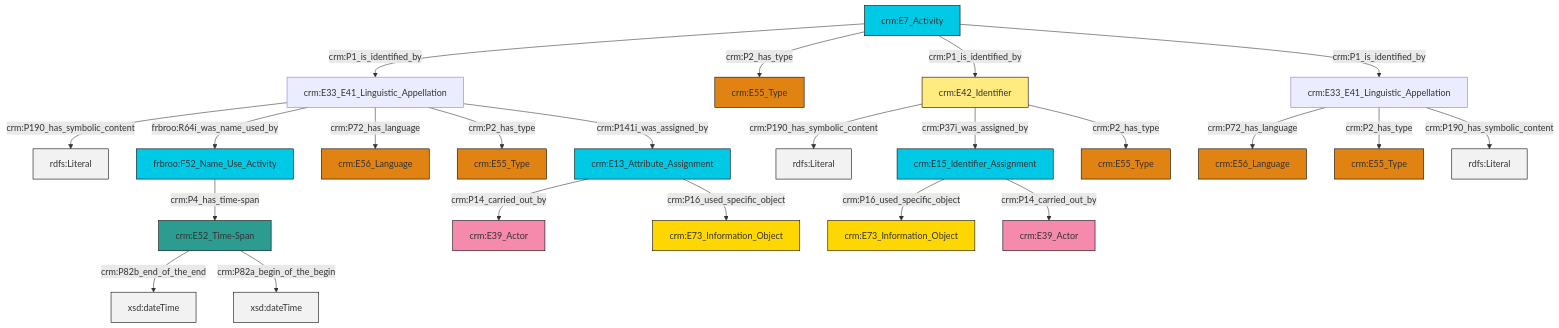
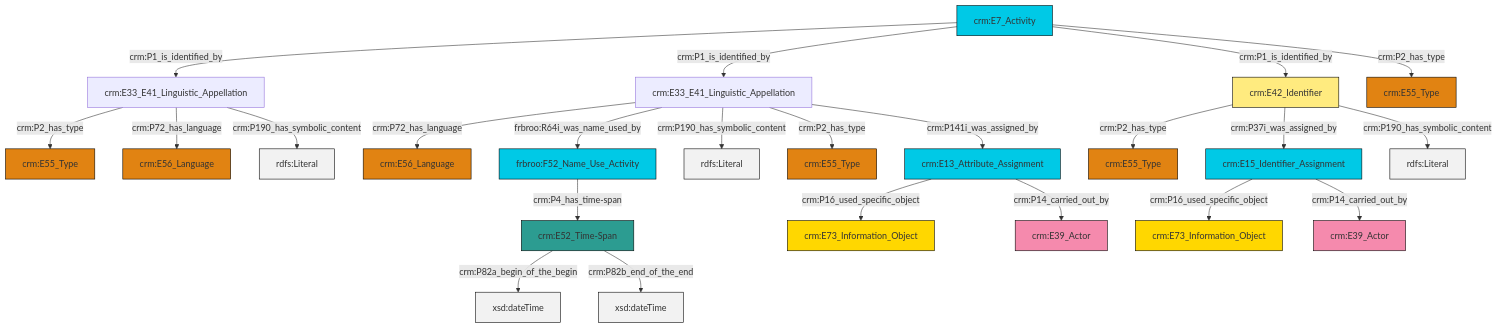
One commit to swiss-art-research-net/docs.swissartresearch changed the diagram in et/eventCSV/ttl/mmd/event_name.ttl.mmd. Above: the diagram before and after it, drawn with Mermaid. The commit also changed 180 other files, not shown here.

```diff
--- a/et/eventCSV/ttl/mmd/event_name.ttl.mmd
+++ b/et/eventCSV/ttl/mmd/event_name.ttl.mmd
@@ -1,37 +1,37 @@
 graph TD
 classDef Literal fill:#f2f2f2,stroke:#000000;
 classDef CRM_Entity fill:#FFFFFF,stroke:#000000;
 classDef Temporal_Entity fill:#00C9E6, stroke:#000000;
 classDef Type fill:#E18312, stroke:#000000;
 classDef Time-Span fill:#2C9C91, stroke:#000000;
 classDef Appellation fill:#FFEB7F, stroke:#000000;
 classDef Place fill:#008836, stroke:#000000;
 classDef Persistent_Item fill:#B266B2, stroke:#000000;
 classDef Conceptual_Object fill:#FFD700, stroke:#000000;
 classDef Physical_Thing fill:#D2B48C, stroke:#000000;
 classDef Actor fill:#f58aad, stroke:#000000;
 classDef PC_Classes fill:#4ce600, stroke:#000000;
 classDef Multi fill:#cccccc,stroke:#000000;
 
-2["crm:E33_E41_Linguistic_Appellation"]:::Default -->|crm:P72_has_language| 3["crm:E56_Language"]:::Type
-7["crm:E33_E41_Linguistic_Appellation"]:::Default -->|crm:P190_has_symbolic_content| 8[rdfs:Literal]:::Literal
-5["frbroo:F52_Name_Use_Activity"]:::Temporal_Entity -->|crm:P4_has_time-span| 9["crm:E52_Time-Span"]:::Time-Span
-10["crm:E13_Attribute_Assignment"]:::Temporal_Entity -->|crm:P14_carried_out_by| 11["crm:E39_Actor"]:::Actor
-12["crm:E42_Identifier"]:::Appellation -->|crm:P190_has_symbolic_content| 13[rdfs:Literal]:::Literal
-15["crm:E7_Activity"]:::Temporal_Entity -->|crm:P1_is_identified_by| 7["crm:E33_E41_Linguistic_Appellation"]:::Default
-15["crm:E7_Activity"]:::Temporal_Entity -->|crm:P2_has_type| 18["crm:E55_Type"]:::Type
-9["crm:E52_Time-Span"]:::Time-Span -->|crm:P82b_end_of_the_end| 19[xsd:dateTime]:::Literal
-7["crm:E33_E41_Linguistic_Appellation"]:::Default -->|frbroo:R64i_was_name_used_by| 5["frbroo:F52_Name_Use_Activity"]:::Temporal_Entity
-2["crm:E33_E41_Linguistic_Appellation"]:::Default -->|crm:P2_has_type| 20["crm:E55_Type"]:::Type
-12["crm:E42_Identifier"]:::Appellation -->|crm:P37i_was_assigned_by| 0["crm:E15_Identifier_Assignment"]:::Temporal_Entity
-15["crm:E7_Activity"]:::Temporal_Entity -->|crm:P1_is_identified_by| 12["crm:E42_Identifier"]:::Appellation
-7["crm:E33_E41_Linguistic_Appellation"]:::Default -->|crm:P72_has_language| 25["crm:E56_Language"]:::Type
-7["crm:E33_E41_Linguistic_Appellation"]:::Default -->|crm:P2_has_type| 16["crm:E55_Type"]:::Type
-0["crm:E15_Identifier_Assignment"]:::Temporal_Entity -->|crm:P16_used_specific_object| 32["crm:E73_Information_Object"]:::Conceptual_Object
-9["crm:E52_Time-Span"]:::Time-Span -->|crm:P82a_begin_of_the_begin| 33[xsd:dateTime]:::Literal
-15["crm:E7_Activity"]:::Temporal_Entity -->|crm:P1_is_identified_by| 2["crm:E33_E41_Linguistic_Appellation"]:::Default
-0["crm:E15_Identifier_Assignment"]:::Temporal_Entity -->|crm:P14_carried_out_by| 28["crm:E39_Actor"]:::Actor
-12["crm:E42_Identifier"]:::Appellation -->|crm:P2_has_type| 36["crm:E55_Type"]:::Type
-10["crm:E13_Attribute_Assignment"]:::Temporal_Entity -->|crm:P16_used_specific_object| 22["crm:E73_Information_Object"]:::Conceptual_Object
-2["crm:E33_E41_Linguistic_Appellation"]:::Default -->|crm:P190_has_symbolic_content| 38[rdfs:Literal]:::Literal
-7["crm:E33_E41_Linguistic_Appellation"]:::Default -->|crm:P141i_was_assigned_by| 10["crm:E13_Attribute_Assignment"]:::Temporal_Entity
+0["crm:E33_E41_Linguistic_Appellation"]:::Default -->|crm:P72_has_language| 1["crm:E56_Language"]:::Type
+4["crm:E33_E41_Linguistic_Appellation"]:::Default -->|crm:P2_has_type| 5["crm:E55_Type"]:::Type
+0["crm:E33_E41_Linguistic_Appellation"]:::Default -->|frbroo:R64i_was_name_used_by| 8["frbroo:F52_Name_Use_Activity"]:::Temporal_Entity
+0["crm:E33_E41_Linguistic_Appellation"]:::Default -->|crm:P190_has_symbolic_content| 9[rdfs:Literal]:::Literal
+12["crm:E15_Identifier_Assignment"]:::Temporal_Entity -->|crm:P16_used_specific_object| 13["crm:E73_Information_Object"]:::Conceptual_Object
+14["crm:E52_Time-Span"]:::Time-Span -->|crm:P82a_begin_of_the_begin| 15[xsd:dateTime]:::Literal
+16["crm:E7_Activity"]:::Temporal_Entity -->|crm:P1_is_identified_by| 4["crm:E33_E41_Linguistic_Appellation"]:::Default
+8["frbroo:F52_Name_Use_Activity"]:::Temporal_Entity -->|crm:P4_has_time-span| 14["crm:E52_Time-Span"]:::Time-Span
+16["crm:E7_Activity"]:::Temporal_Entity -->|crm:P1_is_identified_by| 0["crm:E33_E41_Linguistic_Appellation"]:::Default
+19["crm:E42_Identifier"]:::Appellation -->|crm:P2_has_type| 2["crm:E55_Type"]:::Type
+14["crm:E52_Time-Span"]:::Time-Span -->|crm:P82b_end_of_the_end| 24[xsd:dateTime]:::Literal
+0["crm:E33_E41_Linguistic_Appellation"]:::Default -->|crm:P2_has_type| 17["crm:E55_Type"]:::Type
+16["crm:E7_Activity"]:::Temporal_Entity -->|crm:P1_is_identified_by| 19["crm:E42_Identifier"]:::Appellation
+20["crm:E13_Attribute_Assignment"]:::Temporal_Entity -->|crm:P16_used_specific_object| 27["crm:E73_Information_Object"]:::Conceptual_Object
+0["crm:E33_E41_Linguistic_Appellation"]:::Default -->|crm:P141i_was_assigned_by| 20["crm:E13_Attribute_Assignment"]:::Temporal_Entity
+4["crm:E33_E41_Linguistic_Appellation"]:::Default -->|crm:P72_has_language| 10["crm:E56_Language"]:::Type
+20["crm:E13_Attribute_Assignment"]:::Temporal_Entity -->|crm:P14_carried_out_by| 6["crm:E39_Actor"]:::Actor
+4["crm:E33_E41_Linguistic_Appellation"]:::Default -->|crm:P190_has_symbolic_content| 28[rdfs:Literal]:::Literal
+19["crm:E42_Identifier"]:::Appellation -->|crm:P37i_was_assigned_by| 12["crm:E15_Identifier_Assignment"]:::Temporal_Entity
+12["crm:E15_Identifier_Assignment"]:::Temporal_Entity -->|crm:P14_carried_out_by| 29["crm:E39_Actor"]:::Actor
+16["crm:E7_Activity"]:::Temporal_Entity -->|crm:P2_has_type| 35["crm:E55_Type"]:::Type
+19["crm:E42_Identifier"]:::Appellation -->|crm:P190_has_symbolic_content| 39[rdfs:Literal]:::Literal
```
